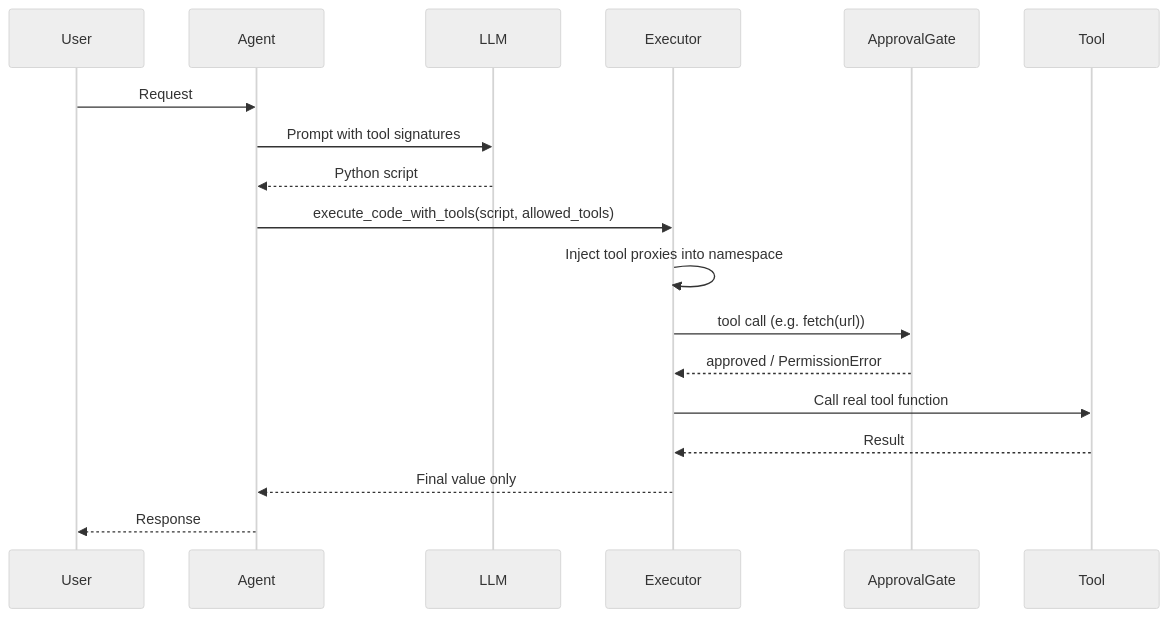
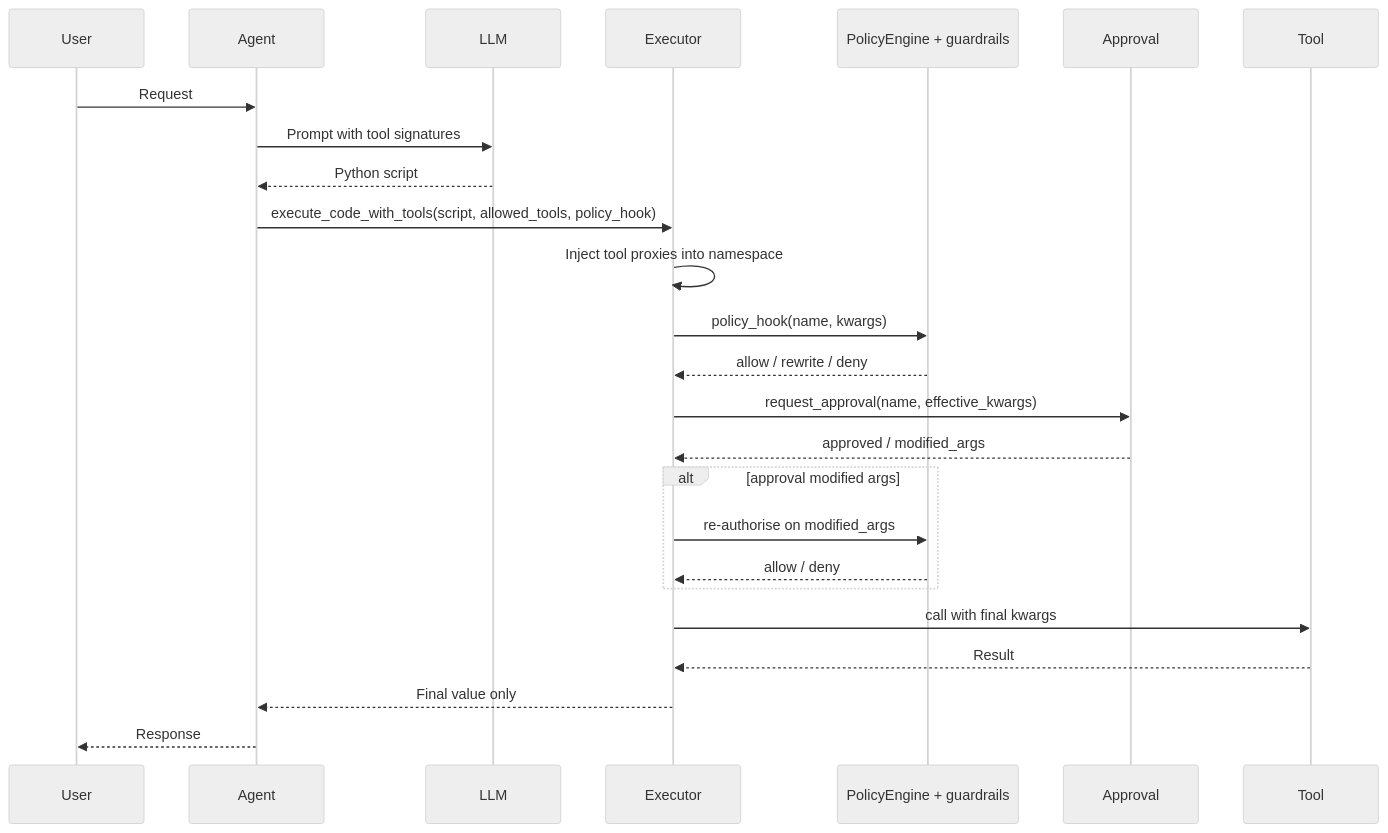
Before and after one commit to MervinPraison/PraisonAIDocs: the third of 5 diagrams in docs/features/code-execution-with-tools.mdx, drawn with Mermaid (neutral theme). The commit also changed other lines of this file and 6 other files, not shown here.

First line of the commit message:
docs: gate code-mode tools with policy/guardrails + BackgroundRunner lock + Gemini async (fixes #4276)

````diff
--- a/docs/features/code-execution-with-tools.mdx
+++ b/docs/features/code-execution-with-tools.mdx
@@ -161,21 +161,28 @@
 ```mermaid
 sequenceDiagram
     participant User
     participant Agent
     participant LLM
     participant Executor
-    participant ApprovalGate
+    participant PolicyGate as PolicyEngine + guardrails
+    participant Approval
     participant Tool
 
     User->>Agent: Request
     Agent->>LLM: Prompt with tool signatures
     LLM-->>Agent: Python script
-    Agent->>Executor: execute_code_with_tools(script, allowed_tools)
+    Agent->>Executor: execute_code_with_tools(script, allowed_tools, policy_hook)
     Executor->>Executor: Inject tool proxies into namespace
-    Executor->>ApprovalGate: tool call (e.g. fetch(url))
-    ApprovalGate-->>Executor: approved / PermissionError
-    Executor->>Tool: Call real tool function
+    Executor->>PolicyGate: policy_hook(name, kwargs)
+    PolicyGate-->>Executor: allow / rewrite / deny
+    Executor->>Approval: request_approval(name, effective_kwargs)
+    Approval-->>Executor: approved / modified_args
+    alt approval modified args
+        Executor->>PolicyGate: re-authorise on modified_args
+        PolicyGate-->>Executor: allow / deny
+    end
+    Executor->>Tool: call with final kwargs
     Tool-->>Executor: Result
     Executor-->>Agent: Final value only
     Agent-->>User: Response
 ```
````
